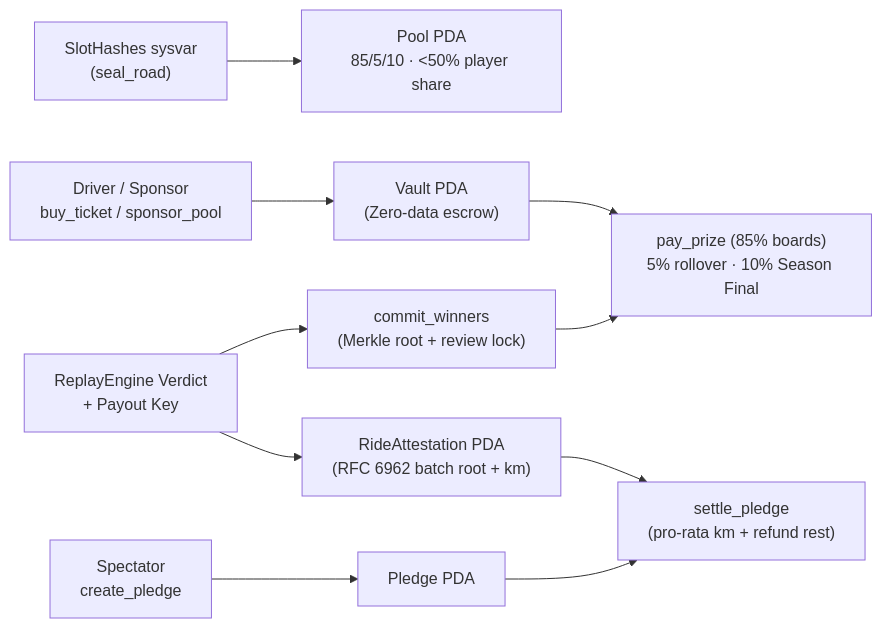
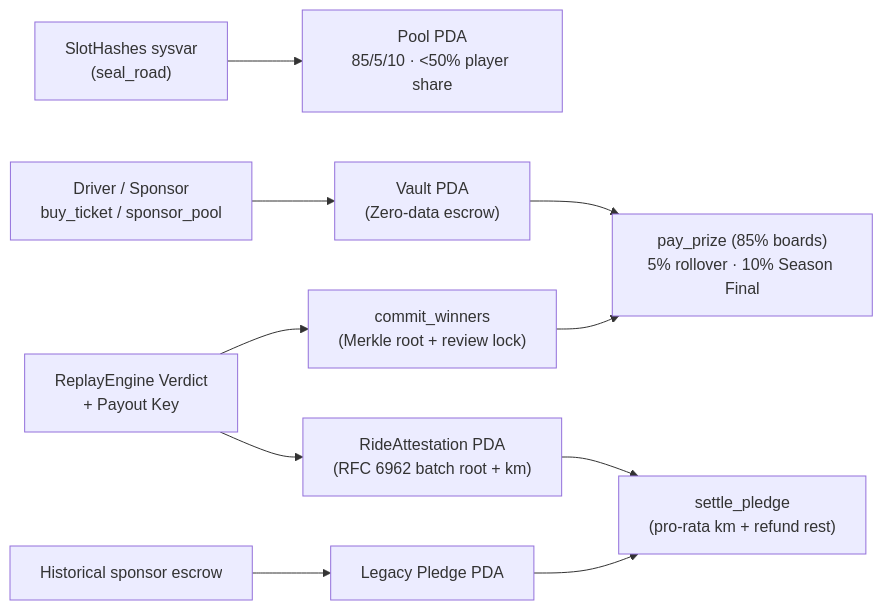
The first of 2 diagrams in README.md (recferret-bit/freightchain), drawn with Mermaid before and after one commit. The commit also changed other lines of this file and 22 other files, not shown here.

Commit message:
Disable new pool pledges and verify historical escrow recovery

````diff
--- a/README.md
+++ b/README.md
@@ -142,12 +142,12 @@
 ```mermaid
 flowchart LR
   slot["SlotHashes sysvar<br/>(seal_road)"] --> pool["Pool PDA<br/>85/5/10 · <50% player share"]
   buyer["Driver / Sponsor<br/>buy_ticket / sponsor_pool"] --> vault["Vault PDA<br/>(Zero-data escrow)"]
-  pledger["Spectator<br/>create_pledge"] --> pledge["Pledge PDA"]
+  pledger["Historical sponsor escrow"] --> pledge["Legacy Pledge PDA"]
   server["ReplayEngine Verdict<br/>+ Payout Key"] --> root["commit_winners<br/>(Merkle root + review lock)"]
   server --> attest["RideAttestation PDA<br/>(RFC 6962 batch root + km)"]
   vault --> prize["pay_prize (85% boards)<br/>5% rollover · 10% Season Final"]
   root --> prize
   attest --> settle["settle_pledge<br/>(pro-rata km + refund rest)"]
   pledge --> settle
 ```
````
